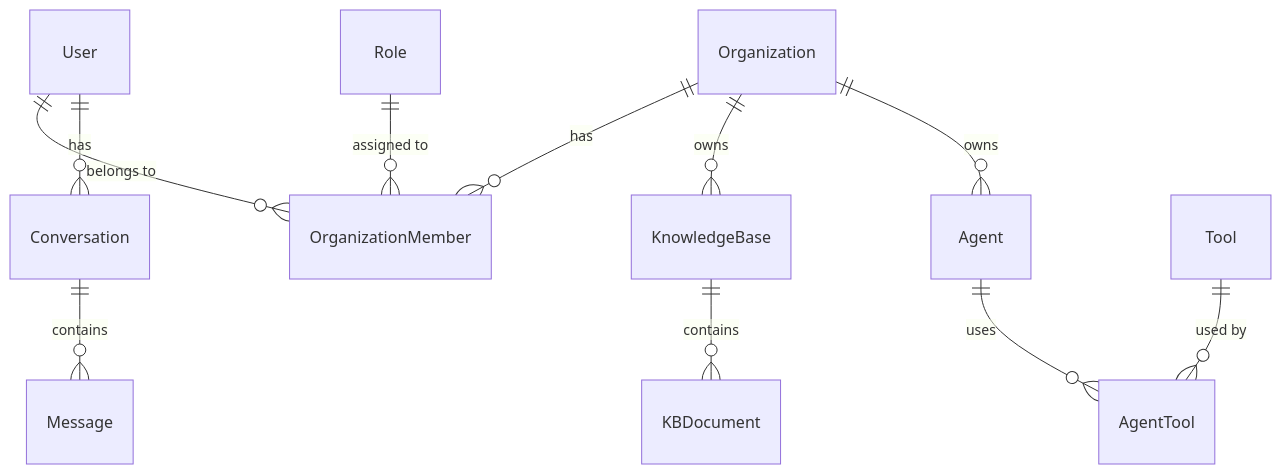
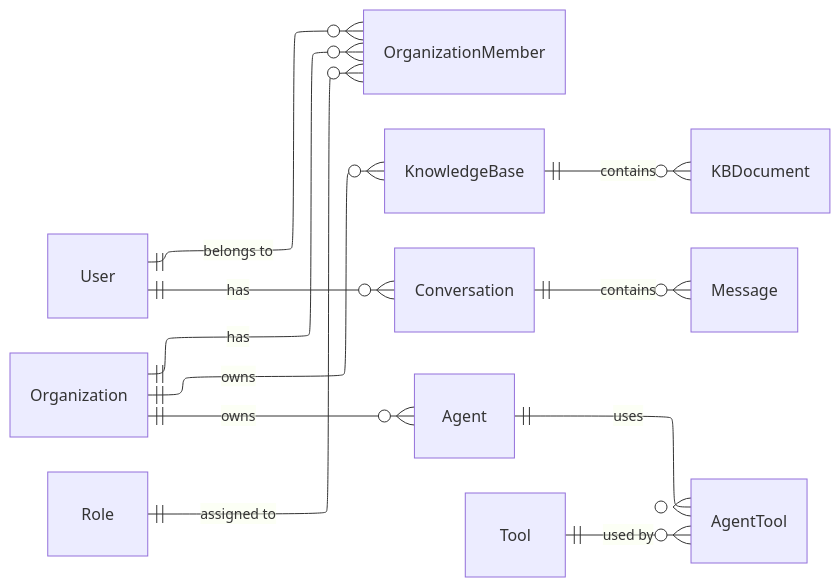
The diagram in docs/pages/architecture/database-models.mdx (definableai/definable.backend), drawn with Mermaid before and after one commit. The commit also changed other lines of this file and 38 other files, not shown here.

````diff
--- a/docs/pages/architecture/database-models.mdx
+++ b/docs/pages/architecture/database-models.mdx
@@ -142,13 +142,42 @@
 ```mermaid
+---
+config:
+  layout: elk
+---
 erDiagram
-    User ||--o{ OrganizationMember : "belongs to"
-    Organization ||--o{ OrganizationMember : "has"
-    Role ||--o{ OrganizationMember : "assigned to"
-    Organization ||--o{ KnowledgeBase : "owns"
-    KnowledgeBase ||--o{ KBDocument : "contains"
-    User ||--o{ Conversation : "has"
-    Conversation ||--o{ Message : "contains"
-    Organization ||--o{ Agent : "owns"
-    Agent ||--o{ AgentTool : "uses"
-    Tool ||--o{ AgentTool : "used by"
+	direction LR
+	User {
+	}
+	OrganizationMember {
+	}
+	Organization {
+	}
+	Role {
+	}
+	KnowledgeBase {
+	}
+	KBDocument {
+	}
+	Conversation {
+	}
+	Message {
+	}
+	Agent {
+	}
+	AgentTool {
+	}
+	Tool {
+	}
+
+	User||--o{OrganizationMember:"belongs to"
+	Organization||--o{OrganizationMember:"has"
+	Role||--o{OrganizationMember:"assigned to"
+	Organization||--o{KnowledgeBase:"owns"
+	KnowledgeBase||--o{KBDocument:"contains"
+	User||--o{Conversation:"has"
+	Conversation||--o{Message:"contains"
+	Organization||--o{Agent:"owns"
+	Agent||--o{AgentTool:"uses"
+	Tool||--o{AgentTool:"used by"
+
 ```
````
